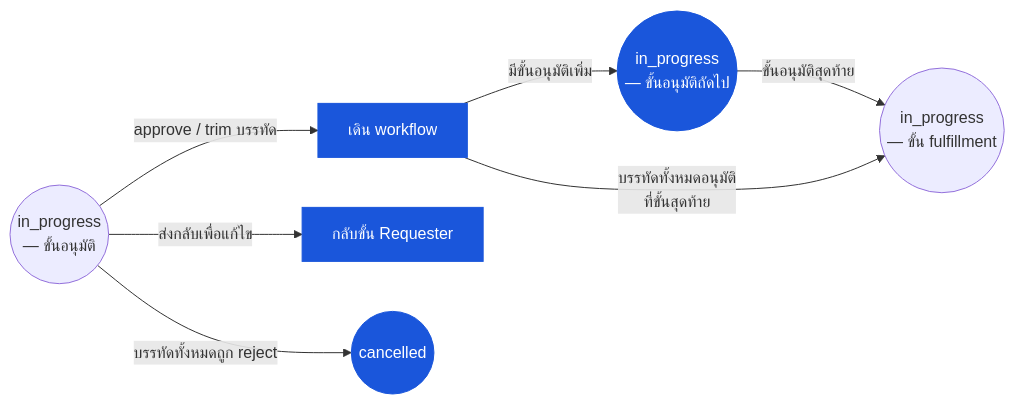
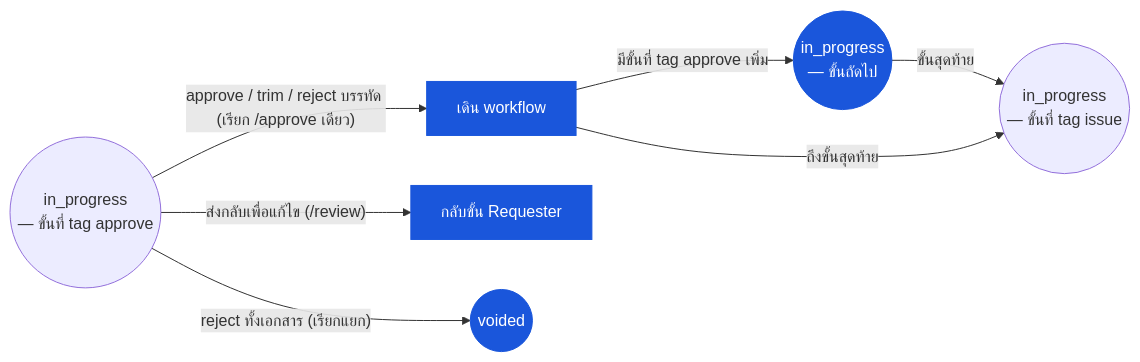
The diagram in th/inventory/store-requisition/03-user-flow-approver.md (CarmenSoftware-organization/carmen-wiki), drawn with Mermaid before and after one commit. The commit also changed other lines of this file and 34 other files, not shown here.

````diff
--- a/th/inventory/store-requisition/03-user-flow-approver.md
+++ b/th/inventory/store-requisition/03-user-flow-approver.md
@@ -23,10 +24,10 @@
 ```mermaid
 graph LR
-    submitted(("in_progress\n— ขั้นอนุมัติ")) -->|"approve / trim บรรทัด"| advance["เดิน workflow"]:::current
-    advance -->|"มีขั้นอนุมัติเพิ่ม"| nextstage(("in_progress\n— ขั้นอนุมัติถัดไป")):::current
-    nextstage -->|"ขั้นอนุมัติสุดท้าย"| fulfil(("in_progress\n— ขั้น fulfillment"))
-    advance -->|"บรรทัดทั้งหมดอนุมัติ\nที่ขั้นสุดท้าย"| fulfil
-    submitted -->|"ส่งกลับเพื่อแก้ไข"| sendback["กลับขั้น Requester"]:::current
-    submitted -->|"บรรทัดทั้งหมดถูก reject"| cancelled(("cancelled")):::current
+    submitted(("in_progress\n— ขั้นที่ tag approve")) -->|"approve / trim / reject บรรทัด (เรียก /approve เดียว)"| advance["เดิน workflow"]:::current
+    advance -->|"มีขั้นที่ tag approve เพิ่ม"| nextstage(("in_progress\n— ขั้นถัดไป")):::current
+    nextstage -->|"ขั้นสุดท้าย"| fulfil(("in_progress\n— ขั้นที่ tag issue"))
+    advance -->|"ถึงขั้นสุดท้าย"| fulfil
+    submitted -->|"ส่งกลับเพื่อแก้ไข (/review)"| sendback["กลับขั้น Requester"]:::current
+    submitted -->|"reject ทั้งเอกสาร (เรียกแยก)"| voided(("voided")):::current
     classDef current fill:#1a56db,color:#fff,stroke:#1a56db;
 ```
````
